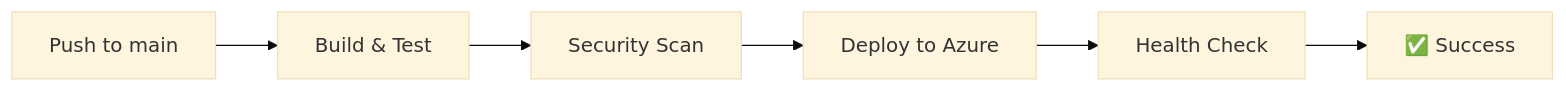
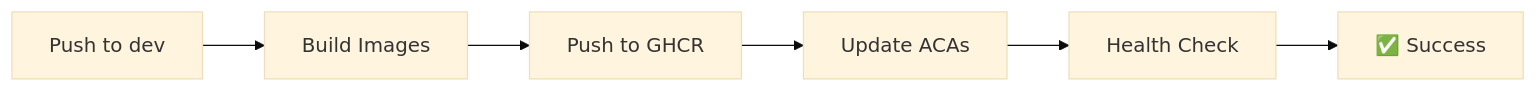
Before and after one commit to engage7labs/therapy-engage: the diagram in DEPLOYMENT_README.md, drawn with Mermaid (base theme). The commit also changed other lines of this file and 8 other files, not shown here.

````diff
--- a/DEPLOYMENT_README.md
+++ b/DEPLOYMENT_README.md
@@ -45,8 +49,8 @@
 ```mermaid
 graph LR
-    A[Push to main] --> B[Build & Test]
-    B --> C[Security Scan]
-    C --> D[Deploy to Azure]
+    A[Push to dev] --> B[Build Images]
+    B --> C[Push to GHCR]
+    C --> D[Update ACAs]
     D --> E[Health Check]
     E --> F[✅ Success]
 ```
````
